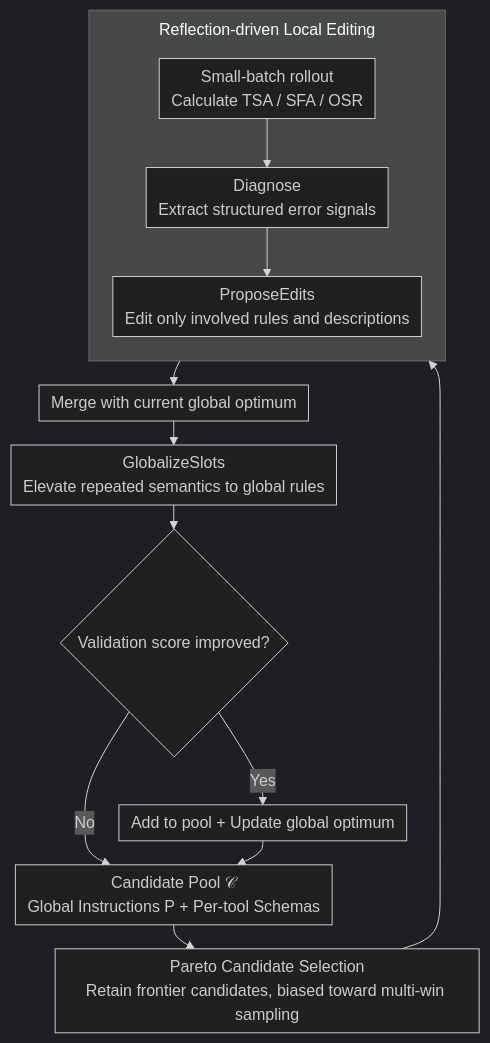
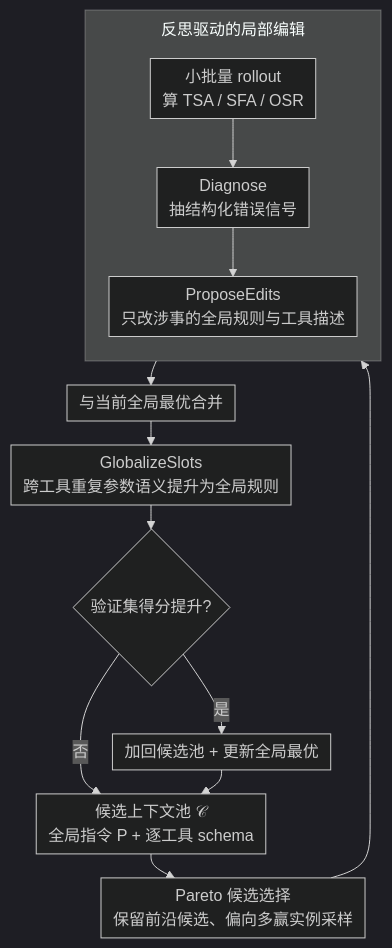
The diagram in docs/ACL2026/llm_reasoning/jtpro_a_joint_tool-prompt_reflective_optimization_framework_for_language_agents.md (zhaoyang97/Paper-Notes-en), drawn with Mermaid (dark theme) before and after one commit. The commit also changed other lines of this file and 5084 other files, not shown here.

````diff
--- a/docs/ACL2026/llm_reasoning/jtpro_a_joint_tool-prompt_reflective_optimization_framework_for_language_agents.md
+++ b/docs/ACL2026/llm_reasoning/jtpro_a_joint_tool-prompt_reflective_optimization_framework_for_language_agents.md
@@ -42,17 +42,17 @@
 ```mermaid
 %%{init: {'flowchart': {'rankSpacing': 24, 'nodeSpacing': 28, 'padding': 6, 'wrappingWidth': 400, 'subGraphTitleMargin': {'top': 8, 'bottom': 16}}}}%%
 flowchart TD
-    POOL["Candidate Pool 𝒞<br/>Global Instructions P + Per-tool Schemas"] --> PARETO["Pareto Candidate Selection<br/>Retain frontier candidates, biased toward multi-win sampling"]
-    subgraph EDIT["Reflection-driven Local Editing"]
+    POOL["候选上下文池 𝒞<br/>全局指令 P + 逐工具 schema"] --> PARETO["Pareto 候选选择<br/>保留前沿候选、偏向多赢实例采样"]
+    subgraph EDIT["反思驱动的局部编辑"]
         direction TB
-        RO["Small-batch rollout<br/>Calculate TSA / SFA / OSR"] --> DIAG["Diagnose<br/>Extract structured error signals"]
-        DIAG --> PROP["ProposeEdits<br/>Edit only involved rules and descriptions"]
+        RO["小批量 rollout<br/>算 TSA / SFA / OSR"] --> DIAG["Diagnose<br/>抽结构化错误信号"]
+        DIAG --> PROP["ProposeEdits<br/>只改涉事的全局规则与工具描述"]
     end
     PARETO --> EDIT
-    EDIT --> MERGE["Merge with current global optimum"]
-    MERGE --> GLOB["GlobalizeSlots<br/>Elevate repeated semantics to global rules"]
-    GLOB --> VAL{"Validation score improved?"}
-    VAL -->|Yes| UPD["Add to pool + Update global optimum"]
-    VAL -->|No| POOL
+    EDIT --> MERGE["与当前全局最优合并"]
+    MERGE --> GLOB["GlobalizeSlots<br/>跨工具重复参数语义提升为全局规则"]
+    GLOB --> VAL{"验证集得分提升?"}
+    VAL -->|是| UPD["加回候选池 + 更新全局最优"]
+    VAL -->|否| POOL
     UPD --> POOL
 ```
````
